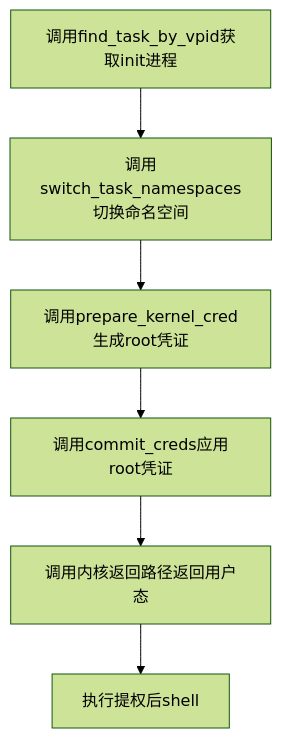
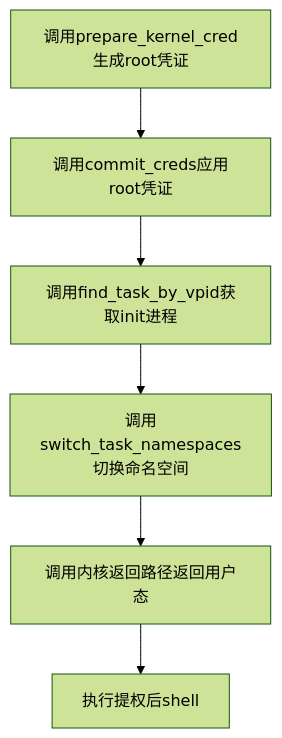
Before and after one commit to BinRacer/BinRacer.github.io: diagram 18 of 38 in _posts/2026-05-23-KernelExploit-CVE-2021-22555.md, drawn with Mermaid (forest theme). The commit also changed other lines of this file and 1 other file, not shown here.

Commit message:
update 【Kernel Exploit】CVE-2021-22555 漏洞分析

````diff
--- a/_posts/2026-05-23-KernelExploit-CVE-2021-22555.md
+++ b/_posts/2026-05-23-KernelExploit-CVE-2021-22555.md
@@ -1170,8 +1170,8 @@
 ```mermaid
 flowchart TD
-    R1[调用find_task_by_vpid获取init进程] --> R2[调用switch_task_namespaces切换命名空间]
-    R2 --> R3[调用prepare_kernel_cred生成root凭证]
-    R3 --> R4[调用commit_creds应用root凭证]
+    R1[调用prepare_kernel_cred生成root凭证] --> R2[调用commit_creds应用root凭证]
+    R2 --> R3[调用find_task_by_vpid获取init进程]
+    R3 --> R4[调用switch_task_namespaces切换命名空间]
     R4 --> R5[调用内核返回路径返回用户态]
     R5 --> R6[执行提权后shell]
 ```
````
